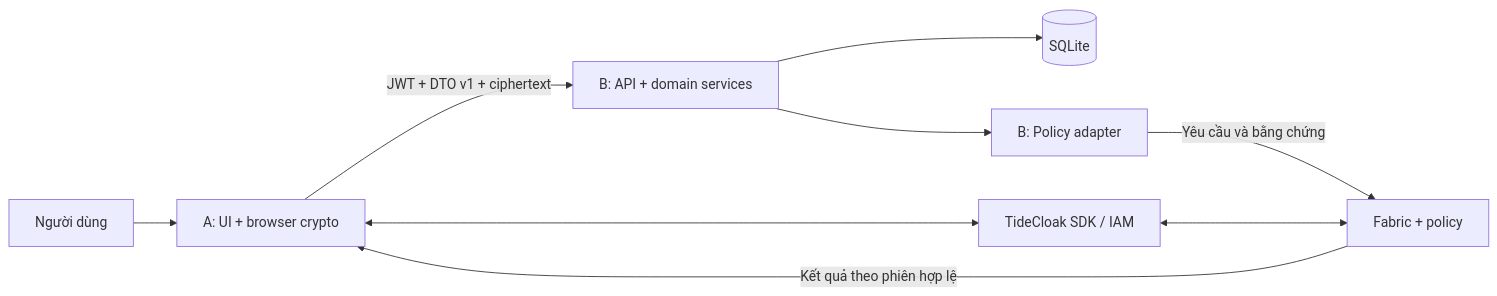
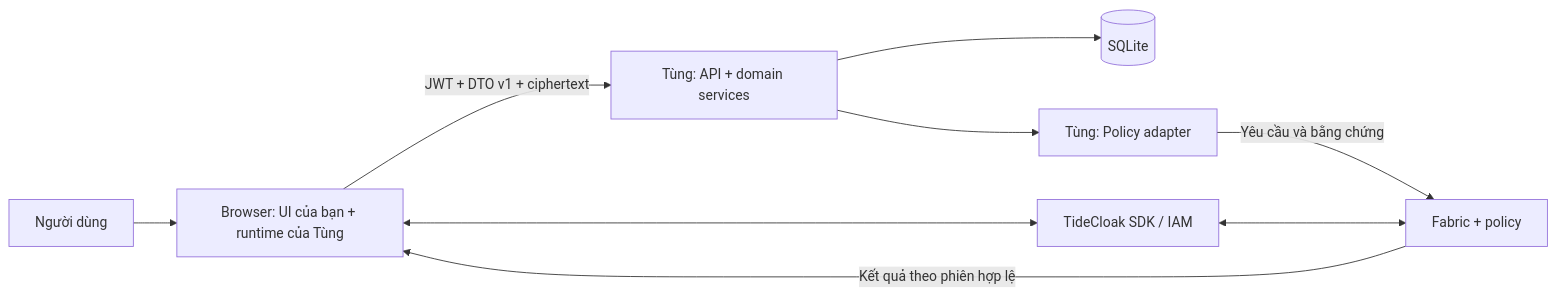
One commit to Neil-275/rmit_hackathon changed the diagram in voicevault_technical_architecture.md. Above: the diagram before and after it, drawn with Mermaid. The commit also changed other lines of this file and 2 other files, not shown here.

Commit message:
Architecture

```diff
--- a/voicevault_technical_architecture.md
+++ b/voicevault_technical_architecture.md
@@ -66,11 +67,11 @@
 ~~~mermaid
 flowchart LR
-    U[Người dùng] --> C[A: UI + browser crypto]
-    C -->|JWT + DTO v1 + ciphertext| S[B: API + domain services]
+    U[Người dùng] --> C[Browser: UI của bạn + runtime của Tùng]
+    C -->|JWT + DTO v1 + ciphertext| S[Tùng: API + domain services]
     S --> D[(SQLite)]
     C <--> T[TideCloak SDK / IAM]
     T <--> F[Fabric + policy]
-    S --> P[B: Policy adapter]
+    S --> P[Tùng: Policy adapter]
     P -->|Yêu cầu và bằng chứng| F
     F -->|Kết quả theo phiên hợp lệ| C
 ~~~
```
